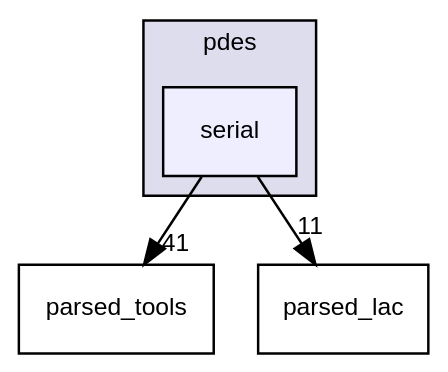
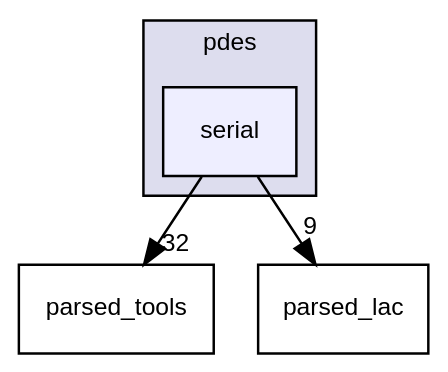
The diagram in dir_0d1c0d82d2331d1d942d7c7f0084aeb2_dep.dot (luca-heltai/fsi-suite), drawn with Graphviz before and after one commit. The commit also changed 899 other files, not shown here.

```diff
--- a/dir_0d1c0d82d2331d1d942d7c7f0084aeb2_dep.dot
+++ b/dir_0d1c0d82d2331d1d942d7c7f0084aeb2_dep.dot
@@ -1,14 +1,14 @@
 digraph "include/pdes/serial" {
   bgcolor=transparent;
   compound=true
   node [ fontsize="10", fontname="Helvetica"];
   edge [ labelfontsize="10", labelfontname="Helvetica"];
   subgraph clusterdir_60faf9a10d52b04582224b9116454383 {
     graph [ bgcolor="#ddddee", pencolor="black", label="pdes" fontname="Helvetica", fontsize="10", URL="dir_60faf9a10d52b04582224b9116454383.html"]
   dir_0d1c0d82d2331d1d942d7c7f0084aeb2 [shape=box, label="serial", style="filled", fillcolor="#eeeeff", pencolor="black", URL="dir_0d1c0d82d2331d1d942d7c7f0084aeb2.html"];
   }
   dir_8e8448d9aef603b86753e7cb911804a9 [shape=box label="parsed_tools" URL="dir_8e8448d9aef603b86753e7cb911804a9.html"];
   dir_65593bf93f1e4428cc81baf4bb94349f [shape=box label="parsed_lac" URL="dir_65593bf93f1e4428cc81baf4bb94349f.html"];
-  dir_0d1c0d82d2331d1d942d7c7f0084aeb2->dir_8e8448d9aef603b86753e7cb911804a9 [headlabel="41", labeldistance=1.5 headhref="dir_000007_000004.html"];
-  dir_0d1c0d82d2331d1d942d7c7f0084aeb2->dir_65593bf93f1e4428cc81baf4bb94349f [headlabel="11", labeldistance=1.5 headhref="dir_000007_000003.html"];
+  dir_0d1c0d82d2331d1d942d7c7f0084aeb2->dir_8e8448d9aef603b86753e7cb911804a9 [headlabel="32", labeldistance=1.5 headhref="dir_000007_000004.html"];
+  dir_0d1c0d82d2331d1d942d7c7f0084aeb2->dir_65593bf93f1e4428cc81baf4bb94349f [headlabel="9", labeldistance=1.5 headhref="dir_000007_000003.html"];
 }
```
